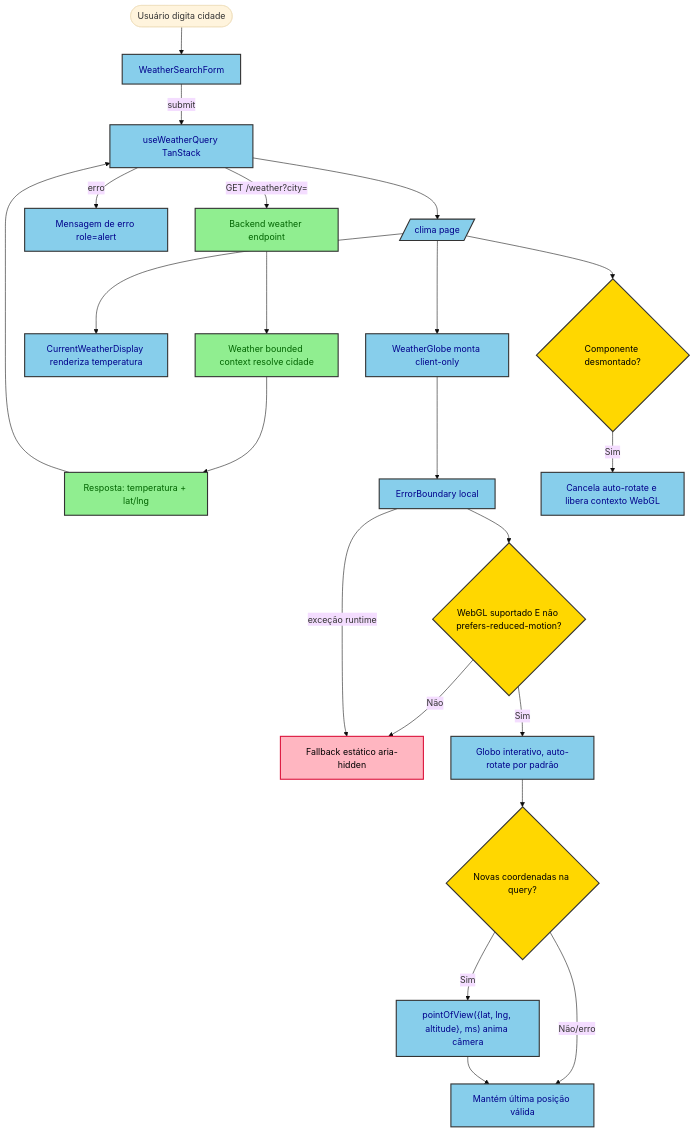
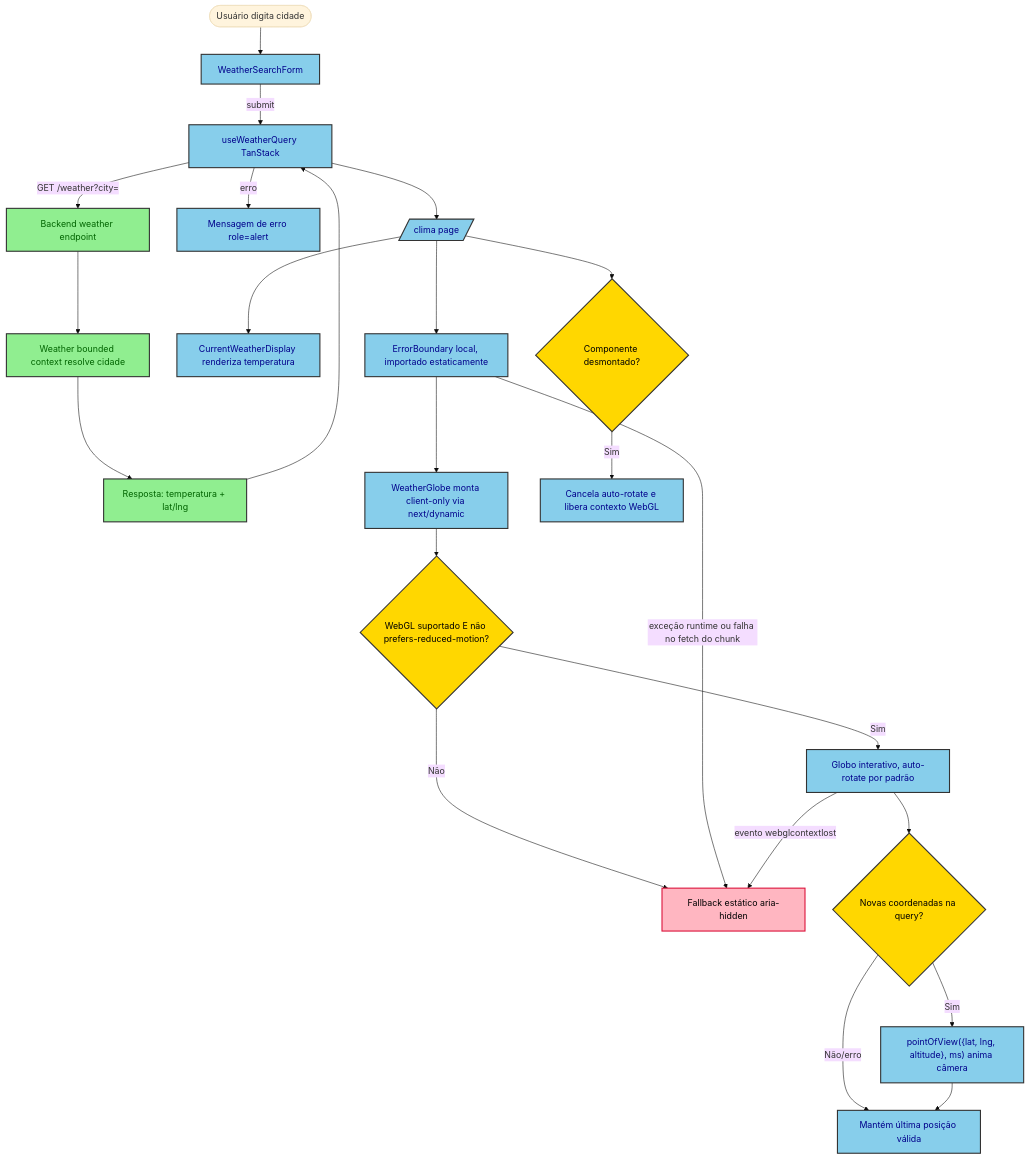
The diagram in docs/superpowers/weather-globe-clima/specs/weather-globe-clima-design.md (Cahmoraes/clean-arch-solid-ddd), drawn with Mermaid (base theme) before and after one commit. The commit also changed other lines of this file and 5 other files, not shown here.

First line of the commit message:
docs(weather-globe-clima): revisão crítica da spec + plano da task-08

````diff
--- a/docs/superpowers/weather-globe-clima/specs/weather-globe-clima-design.md
+++ b/docs/superpowers/weather-globe-clima/specs/weather-globe-clima-design.md
@@ -248,38 +304,39 @@
 ```mermaid
 flowchart TD
     Start([Usuário digita cidade]) --> Form[WeatherSearchForm]
     Form -->|submit| Hook[useWeatherQuery TanStack]
     Hook -->|"GET /weather?city="| API[Backend weather endpoint]
     API --> Domain[Weather bounded context resolve cidade]
     Domain --> Response[Resposta: temperatura + lat/lng]
     Response --> Hook
 
     Hook -->|erro| Error[Mensagem de erro role=alert]
     Hook --> Page[/clima page/]
     Page --> Card[CurrentWeatherDisplay renderiza temperatura]
-    Page --> Globe[WeatherGlobe monta client-only]
+    Page --> Boundary[ErrorBoundary local, importado estaticamente]
 
-    Globe --> Boundary[ErrorBoundary local]
-    Boundary --> Check{WebGL suportado E não prefers-reduced-motion?}
+    Boundary --> Globe[WeatherGlobe monta client-only via next/dynamic]
+    Globe --> Check{WebGL suportado E não prefers-reduced-motion?}
     Check -->|Não| Fallback[Fallback estático aria-hidden]
     Check -->|Sim| Interactive[Globo interativo, auto-rotate por padrão]
-    Boundary -->|exceção runtime| Fallback
+    Boundary -->|exceção runtime ou falha no fetch do chunk| Fallback
+    Interactive -->|evento webglcontextlost| Fallback
 
     Interactive --> NewCoords{Novas coordenadas na query?}
     NewCoords -->|Sim| Animate["pointOfView({lat, lng, altitude}, ms) anima câmera"]
     NewCoords -->|Não/erro| Idle[Mantém última posição válida]
     Animate --> Idle
 
     Page --> Unmount{Componente desmontado?}
     Unmount -->|Sim| Cleanup[Cancela auto-rotate e libera contexto WebGL]
 
     classDef frontend fill:#87CEEB,stroke:#333,stroke-width:2px,color:darkblue
     classDef backend fill:#90EE90,stroke:#333,stroke-width:2px,color:darkgreen
     classDef decision fill:#FFD700,stroke:#333,stroke-width:2px,color:black
     classDef fallback fill:#FFB6C1,stroke:#DC143C,stroke-width:2px,color:black
 
     class Form,Hook,Page,Card,Globe,Boundary,Interactive,Animate,Idle,Cleanup,Error frontend
     class API,Domain,Response backend
     class Check,NewCoords,Unmount decision
     class Fallback fallback
 ```
````
